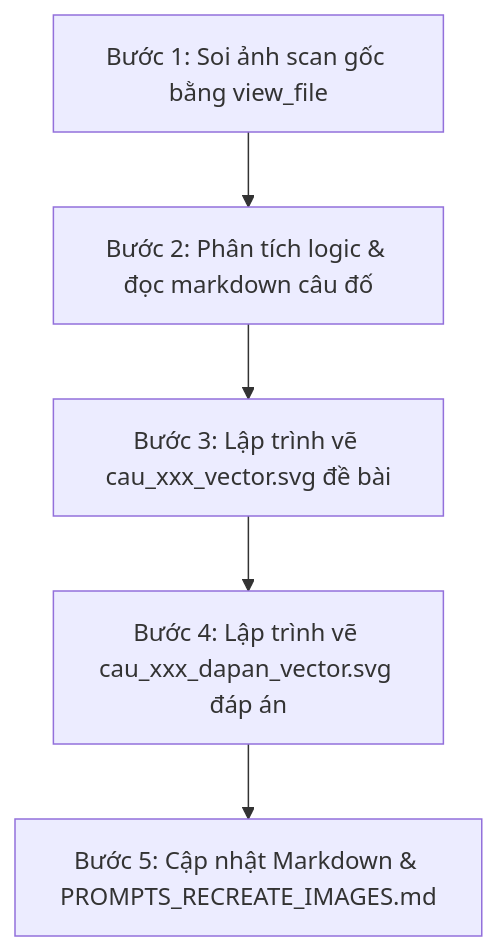
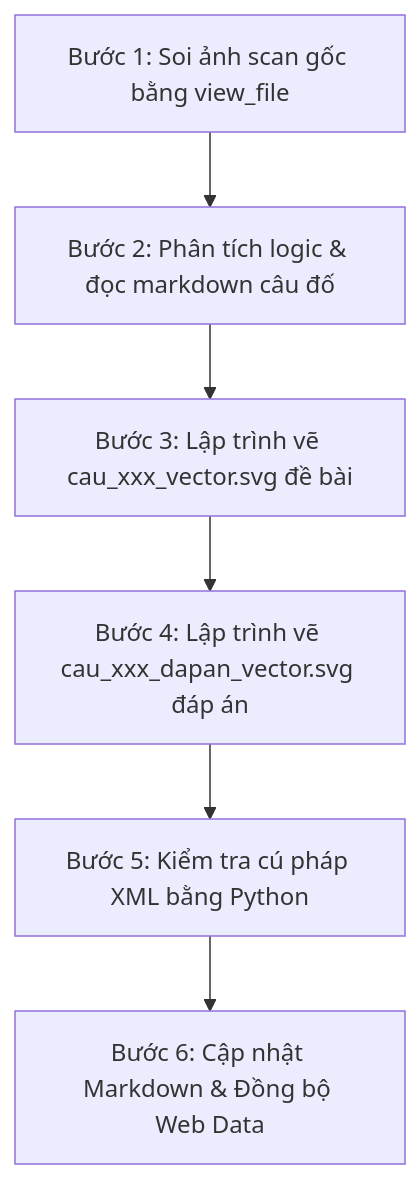
One commit to bihv/cau-do changed the diagram in .agents/skills/draw-puzzle-svg/SKILL.md. Above: the diagram before and after it, drawn with Mermaid. The commit also changed other lines of this file and 17 other files, not shown here.

````diff
--- a/.agents/skills/draw-puzzle-svg/SKILL.md
+++ b/.agents/skills/draw-puzzle-svg/SKILL.md
@@ -86,7 +112,8 @@
 ```mermaid
 graph TD
     A[Bước 1: Soi ảnh scan gốc bằng view_file] --> B[Bước 2: Phân tích logic & đọc markdown câu đố]
     B --> C[Bước 3: Lập trình vẽ cau_xxx_vector.svg đề bài]
     C --> D[Bước 4: Lập trình vẽ cau_xxx_dapan_vector.svg đáp án]
-    D --> E[Bước 5: Cập nhật Markdown & PROMPTS_RECREATE_IMAGES.md]
+    D --> E[Bước 5: Kiểm tra cú pháp XML bằng Python]
+    E --> F[Bước 6: Cập nhật Markdown & Đồng bộ Web Data]
 ```
````
